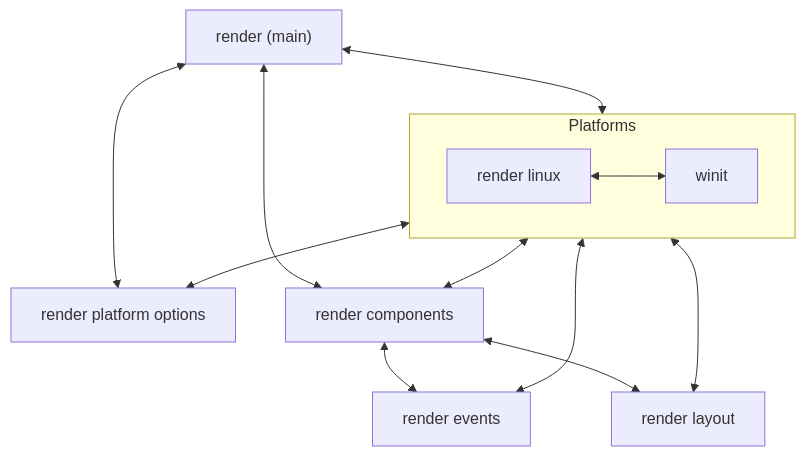
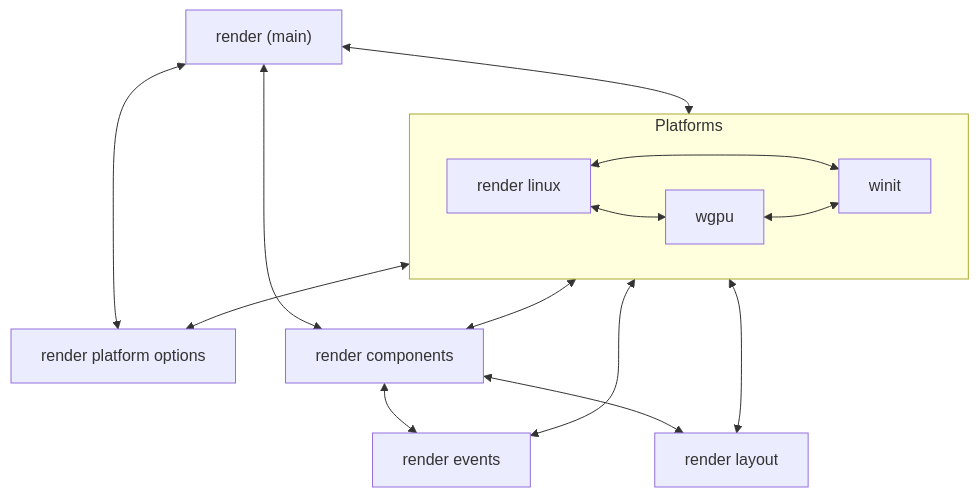
Before and after one commit to Xyndra/render: the diagram in DEVELOPING.md, drawn with Mermaid. The commit also changed 4 other files, not shown here.

````diff
--- a/DEVELOPING.md
+++ b/DEVELOPING.md
@@ -3,16 +3,18 @@
 ```mermaid
 flowchart TD
     main["render (main)"] <--> platform_opts["render platform options"]
     main <--> components["render components"]
     components <--> events["render events"]
     main <--> Platforms
     subgraph Platforms
         linux["render linux"] <--> winit
+        linux <--> wgpu
+        wgpu <--> winit
     end
     Platforms <--> events
     Platforms <--> layout
     Platforms <--> platform_opts
     Platforms <--> components
     components <--> layout
     layout["render layout"]
 ```
````
